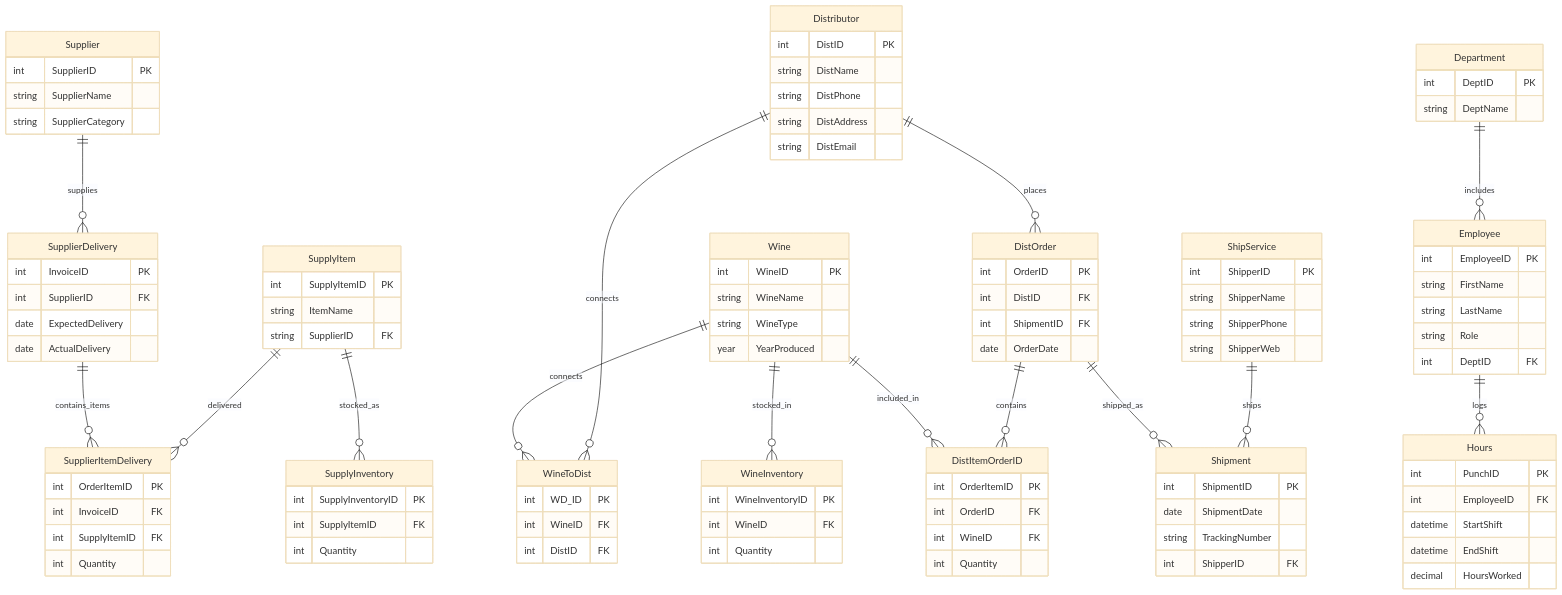
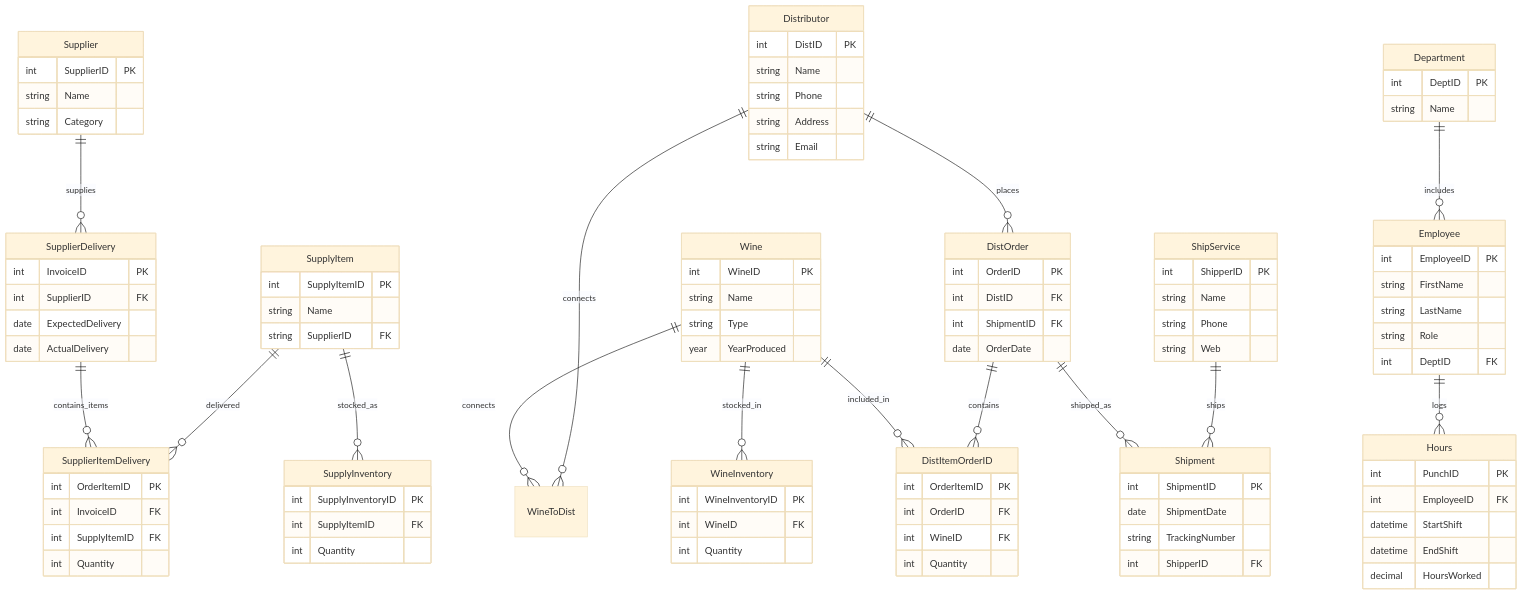
Before and after one commit to BobbyJoeCool/CSD310-BlueTeam: the diagram in Final_Project/ERD.mmd, drawn with Mermaid (base theme). The commit also changed 1 other file, not shown here.

```diff
--- a/Final_Project/ERD.mmd
+++ b/Final_Project/ERD.mmd
@@ -1,144 +1,138 @@
 erDiagram
     direction TB
 
     %% Supplier Tables
 
     Supplier {
         int SupplierID PK
-        string SupplierName
-        string SupplierCategory
+        string Name
+        string Category
     }
 
     SupplierDelivery {
         int InvoiceID PK
         int SupplierID FK
         date ExpectedDelivery
         date ActualDelivery
     }
 
     SupplyItem {
         int SupplyItemID PK
-        string ItemName
+        string Name
         string SupplierID FK
     }
 
     SupplyInventory {
         int SupplyInventoryID PK
         int SupplyItemID FK
         int Quantity
     }
 
     SupplierItemDelivery {
         int OrderItemID PK
         int InvoiceID FK
         int SupplyItemID FK
         int Quantity
     }
 
 
     %% Wine TABLES
 
     WineInventory {
         int WineInventoryID PK
         int WineID FK
         int Quantity
     }
 
     Wine {
         int WineID PK
-        string WineName
-        string WineType
+        string Name
+        string Type
         year YearProduced
     }
 
 
     %% DISTRIBUTOR TABLES
 
     Distributor {
         int DistID PK
-        string DistName
-        string DistPhone
-        string DistAddress
-        string DistEmail
+        string Name
+        string Phone
+        string Address
+        string Email
     }
 
     DistOrder {
         int OrderID PK
         int DistID FK
         int ShipmentID FK
         date OrderDate
     }
 
     DistItemOrderID {
         int OrderItemID PK
         int OrderID FK
         int WineID FK
         int Quantity
     }
 
     ShipService {
         int ShipperID PK
-        string ShipperName
-        string ShipperPhone
-        string ShipperWeb
+        string Name
+        string Phone
+        string Web
     }
 
     Shipment {
         int ShipmentID PK
         date ShipmentDate
         string TrackingNumber
         int ShipperID FK
     }
 
-    WineToDist {
-        int WD_ID PK
-        int WineID FK
-        int DistID FK
-    }
-
 
     %% Employee Tables
 
     Department {
         int DeptID PK
-        string DeptName
+        string Name
     }
 
     Employee {
         int EmployeeID PK
         string FirstName
         string LastName
         string Role
         int DeptID FK
     }
 
     Hours {
         int PunchID PK
         int EmployeeID FK
         datetime StartShift
         datetime EndShift
         decimal HoursWorked
     }
 
 
     %% RELATIONSHIPS
     
     Supplier ||--o{ SupplierDelivery : supplies
     SupplierDelivery ||--o{ SupplierItemDelivery : contains_items
     SupplyItem ||--o{ SupplierItemDelivery : delivered
     SupplyItem ||--o{ SupplyInventory : stocked_as
 
     Wine ||--o{ WineInventory : stocked_in
     Wine ||--o{ DistItemOrderID : included_in
 
     Department ||--o{ Employee : includes
     Employee ||--o{ Hours : logs
 
     Distributor ||--o{ DistOrder : places
     DistOrder ||--o{ DistItemOrderID : contains
 
     DistOrder ||--o{ Shipment : shipped_as
     ShipService ||--o{ Shipment : ships
 
     Wine ||--o{ WineToDist : connects
     Distributor ||--o{ WineToDist : connects
```
